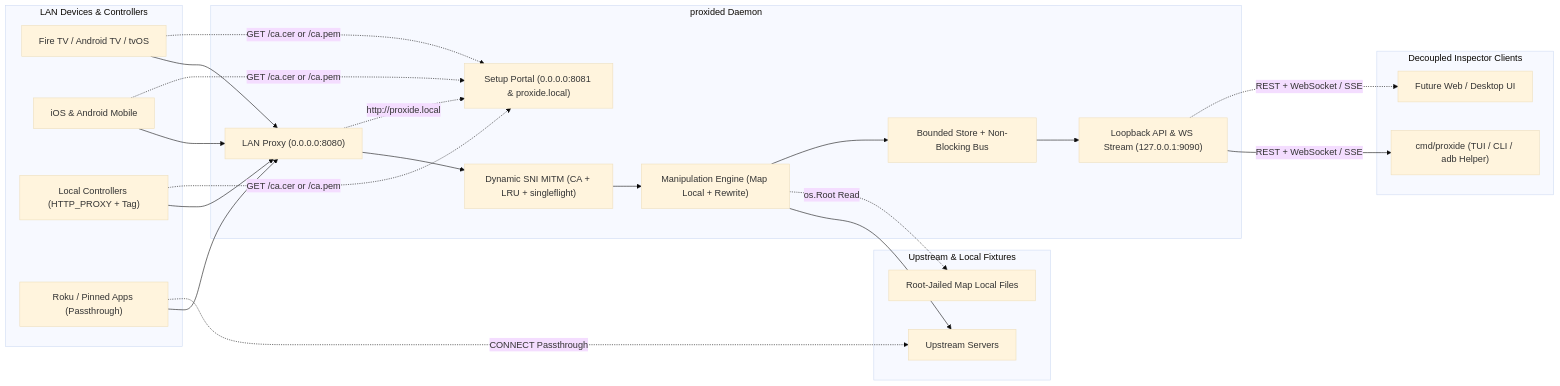
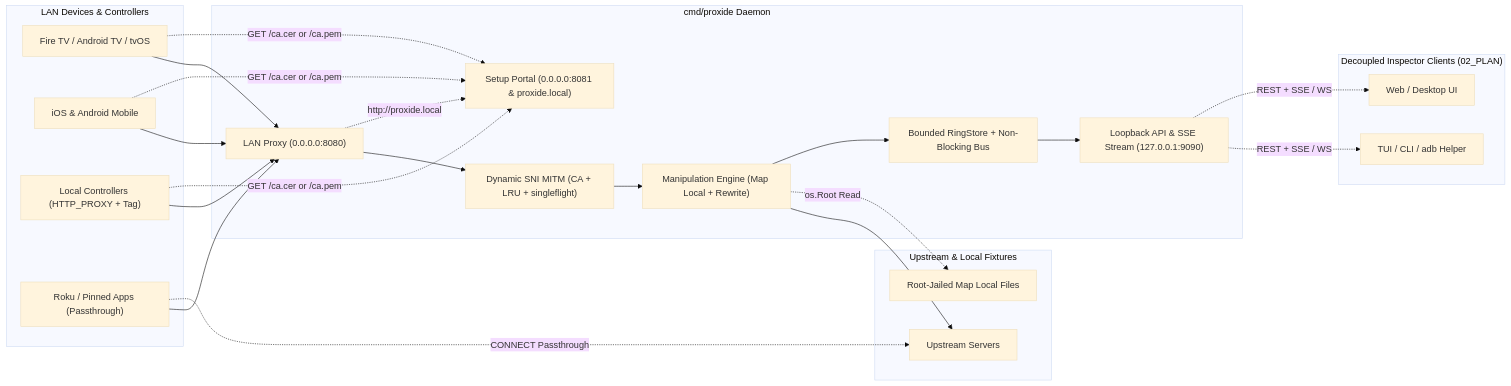
One commit to Cy-Codes/proxide changed the diagram in README.md. Above: the diagram before and after it, drawn with Mermaid (base theme). The commit also changed other lines of this file and 35 other files, not shown here.

First line of the commit message:
feat: implement Go LAN MITM proxy daemon, setup portal, and loopback event stream

````diff
--- a/README.md
+++ b/README.md
@@ -47,42 +43,42 @@
 ```mermaid
 flowchart LR
     subgraph Devices["LAN Devices & Controllers"]
         TV["Fire TV / Android TV / tvOS"]
         Mobile["iOS & Android Mobile"]
         Ctrl["Local Controllers (HTTP_PROXY + Tag)"]
         Bypass["Roku / Pinned Apps (Passthrough)"]
     end
 
-    subgraph Engine["proxided Daemon"]
+    subgraph Engine["cmd/proxide Daemon"]
         Proxy["LAN Proxy (0.0.0.0:8080)"]
         Portal["Setup Portal (0.0.0.0:8081 & proxide.local)"]
         TLS["Dynamic SNI MITM (CA + LRU + singleflight)"]
         Rewrite["Manipulation Engine (Map Local + Rewrite)"]
-        StoreBus["Bounded Store + Non-Blocking Bus"]
-        API["Loopback API & WS Stream (127.0.0.1:9090)"]
+        StoreBus["Bounded RingStore + Non-Blocking Bus"]
+        API["Loopback API & SSE Stream (127.0.0.1:9090)"]
     end
 
-    subgraph Clients["Decoupled Inspector Clients"]
-        CLI["cmd/proxide (TUI / CLI / adb Helper)"]
-        Future["Future Web / Desktop UI"]
+    subgraph Clients["Decoupled Inspector Clients (02_PLAN)"]
+        CLI["TUI / CLI / adb Helper"]
+        Future["Web / Desktop UI"]
     end
 
     subgraph Outbound["Upstream & Local Fixtures"]
         Upstream["Upstream Servers"]
         Fixtures["Root-Jailed Map Local Files"]
     end
 
     TV & Mobile & Ctrl --> Proxy
     Bypass --> Proxy
     TV & Mobile & Ctrl -. "GET /ca.cer or /ca.pem" .-> Portal
 
     Proxy --> TLS --> Rewrite
     Proxy -. "http://proxide.local" .-> Portal
     Bypass -. "CONNECT Passthrough" .-> Upstream
     Rewrite --> Upstream
     Rewrite -. "os.Root Read" .-> Fixtures
 
     Rewrite --> StoreBus --> API
-    API -- "REST + WebSocket / SSE" --> CLI
-    API -. "REST + WebSocket / SSE" .-> Future
+    API -. "REST + SSE / WS" .-> CLI
+    API -. "REST + SSE / WS" .-> Future
 ```
````
